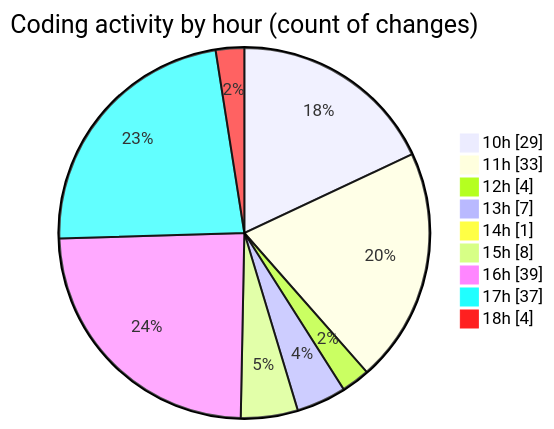
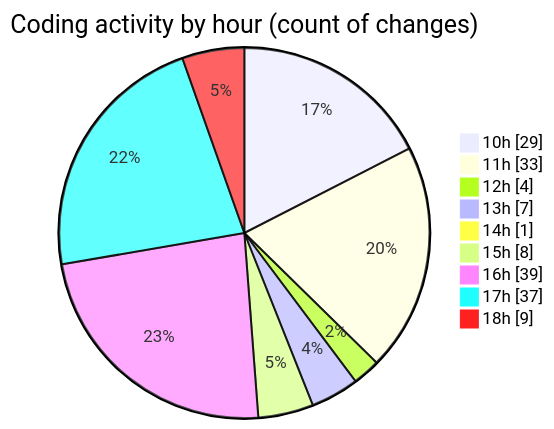
Before and after one commit to momahboobian/code-tracking: the second of 2 diagrams in 2025-06-05/cda/README.md, drawn with Mermaid. The commit also changed other lines of this file and 1 other file, not shown here.

````diff
--- a/2025-06-05/cda/README.md
+++ b/2025-06-05/cda/README.md
@@ -66,13 +66,13 @@
 ```mermaid
 pie showData
 title Coding activity by hour (count of changes)
 "10h" : 29
 "11h" : 33
 "12h" : 4
 "13h" : 7
 "14h" : 1
 "15h" : 8
 "16h" : 39
 "17h" : 37
-"18h" : 4
+"18h" : 9
 ```
````
